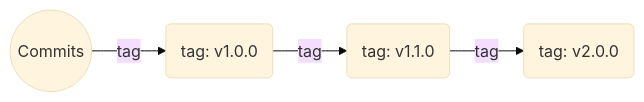
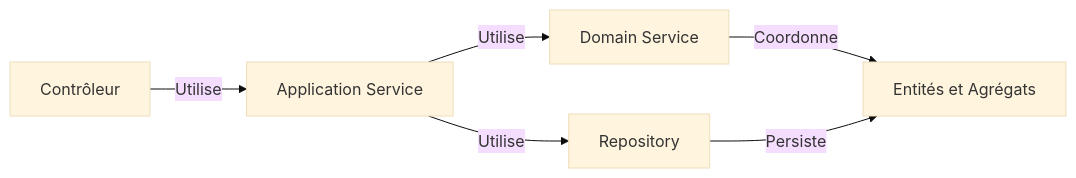
One commit to Tan-Software/bonnes-pratiques-git changed diagram 17 of 21 in README.md. Above: the diagram before and after it, drawn with Mermaid (base theme). The commit also changed other lines of this file, not shown here.

````diff
--- a/README.md
+++ b/README.md
@@ -210,6 +619,8 @@
 ```mermaid
-graph LR
-A((Commits)) -- tag --> B(tag: v1.0.0)
-B -- tag --> C(tag: v1.1.0)
-C -- tag --> D(tag: v2.0.0)
+	graph LR
+    A[Contrôleur] -- Utilise --> B[Application Service]
+    B -- Utilise --> C[Domain Service]
+    B -- Utilise --> D[Repository]
+    C -- Coordonne --> E[Entités et Agrégats]
+    D -- Persiste --> E
 ```
````
